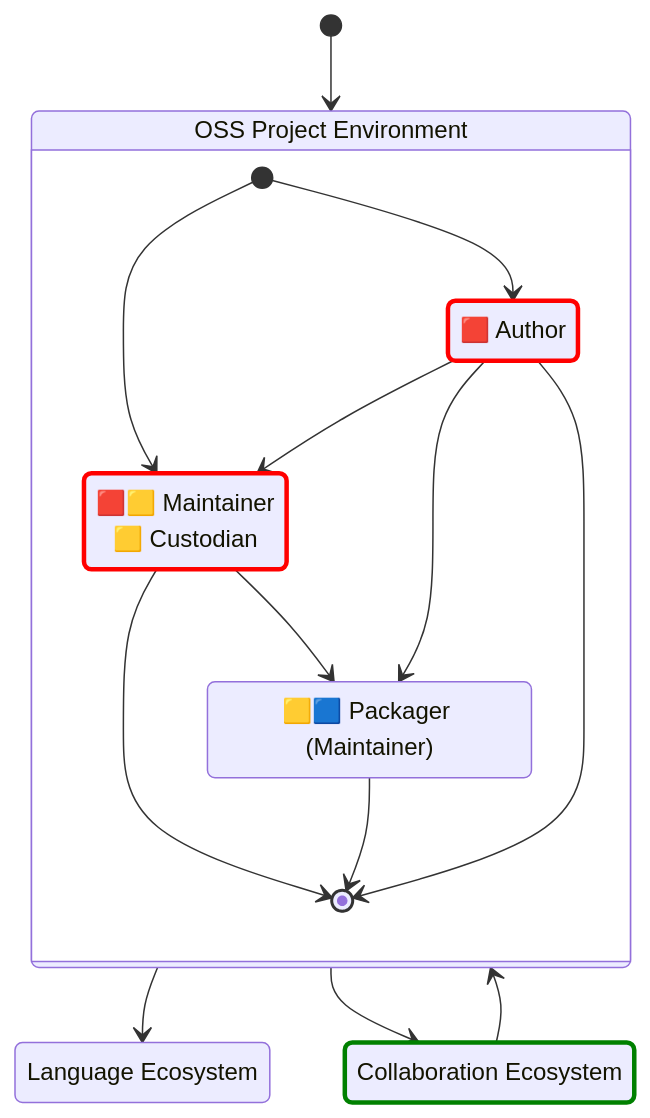
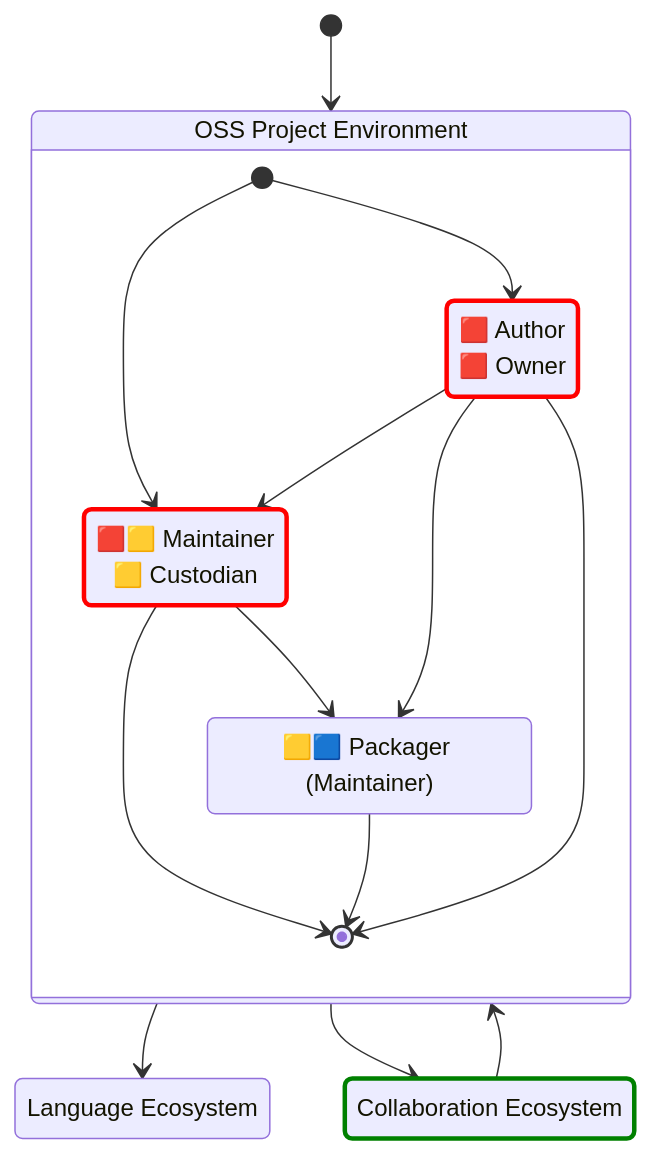
The fourth of 5 diagrams in docs/supplychain-sbom.md (CPAN-Security/security.metacpan.org), drawn with Mermaid before and after one commit. The commit also changed other lines of this file, not shown here.

````diff
--- a/docs/supplychain-sbom.md
+++ b/docs/supplychain-sbom.md
@@ -445,50 +445,50 @@
 ```mermaid
 stateDiagram-v2
     direction TB
     accTitle: An Idealized Open Source Supply-chain Graph
     %%accDescr: This graph illustrates how different types of development environments and ecosystems interconnect, what kind of roles you may find in these, and what type of metadata operations they may care to do
 
     %%
     classDef createsSBOM stroke:red,stroke-width:3px;
     classDef assemblesSBOM stroke:yellow,stroke-width:3px,stroke-dasharray:15 5;
     classDef updatesSBOM stroke:yellow,stroke-width:3px;
     classDef distributesSBOM stroke:green,stroke-width:3px;
     classDef verifiesSBOM stroke:#07f,stroke-width:3px;
     classDef censorsSBOM stroke:#07f,stroke-width:3px;
     classDef ignoresSBOM stroke:#777,stroke-width:3px;
 
     %% OSS Project Environment
-    state "🟥 Author" as opensource_author
+    state "🟥 Author<br>🟥 Owner" as opensource_author
     state "🟥🟨 Maintainer<br>🟨 Custodian" as opensource_maintainer
     state "🟨🟦 Packager (Maintainer)" as language_packager
     %%
     state "OSS Project Environment" as environment_opensource {
         [*] --> opensource_author
         [*] --> opensource_maintainer
         opensource_author  --> opensource_maintainer
         opensource_maintainer --> language_packager
         opensource_author --> language_packager
         opensource_maintainer --> [*]
         language_packager --> [*]
         opensource_author --> [*]
     }
     %%
     class opensource_author createsSBOM
     class opensource_maintainer createsSBOM
     class ecosystem_repo distributesSBOM
     class ecosystem_language updatesSBOM
 
     [*] --> environment_opensource
 
     %% Language Ecosystem
     state "Language Ecosystem" as ecosystem_lang
     environment_opensource --> ecosystem_lang
 
     %% Collaboration Ecosystem
     state "Collaboration Ecosystem" as ecosystem_repo
     environment_opensource --> ecosystem_repo
     ecosystem_repo         --> environment_opensource
 
     %% Copyright © 2024 Salve J. Nilsen <sjn@oslo.pm>
     %% Some rights reserved. Licensed CC-BY-SA-4.0
 ```
````
